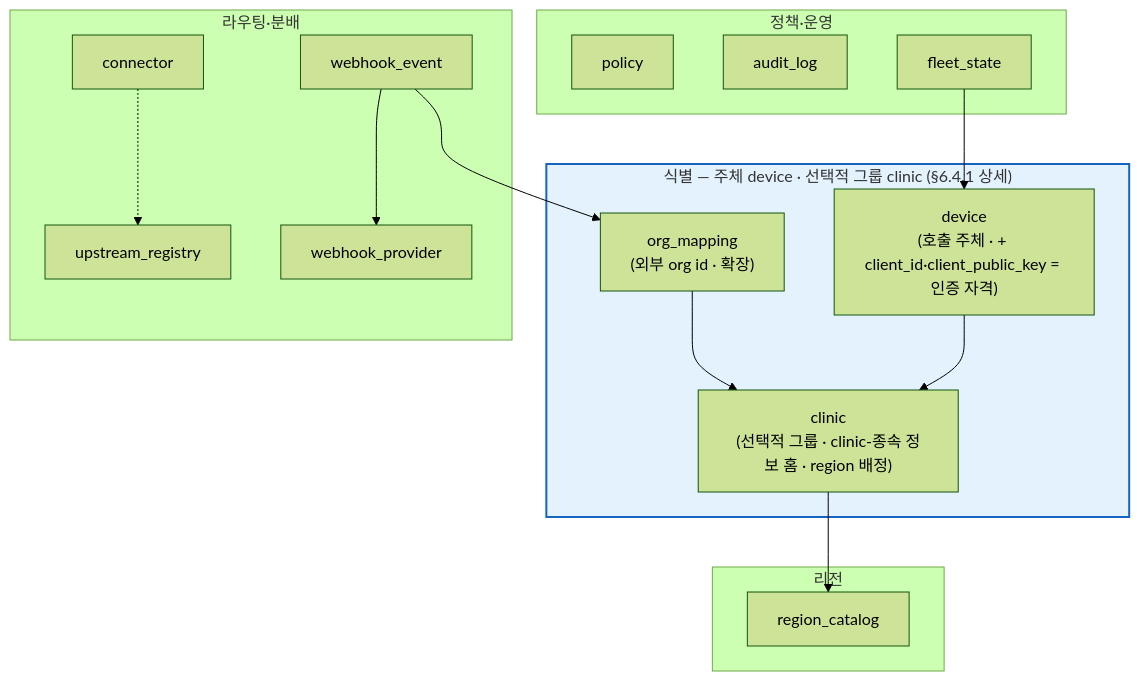
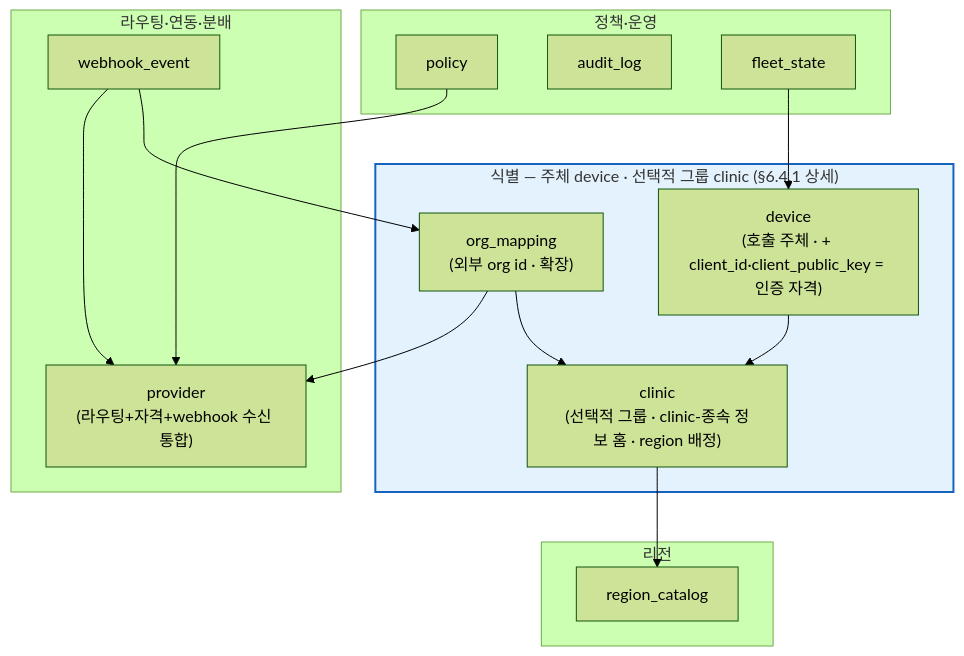
Before and after one commit to gracegyu/scp-architecture: diagram 18 of 18 in docs/VT_API_Gateway/08.VT_API_Gateway/specs/03-srs-gateway/SRS.md, drawn with Mermaid (forest theme). The commit also changed other lines of this file and 7 other files, not shown here.

Commit message:
문서 업데이트: VT API Gateway의 API 명세에서 문서 버전을 v0.6으로 업데이트하고, Connector, UpstreamRegistry, WebhookProvider를 통합하여 Provider 데이터 모델을 개선하였습니다. 이를 통해 연동 대상의 라우팅, 아웃바운드 자격, 인바운드 webhook 수신을 하나의 레코드로 관리할 수 있도록 하여 시스템 아키텍처의 일관성을 강화하고 데이터 흐름의 명확성을 높였습니다. 또한, 관련 SRS 및 OpenAPI 문서에서 변경 사항을 반영하여 관리 API를 보강하였습니다.

````diff
--- a/docs/VT_API_Gateway/08.VT_API_Gateway/specs/03-srs-gateway/SRS.md
+++ b/docs/VT_API_Gateway/08.VT_API_Gateway/specs/03-srs-gateway/SRS.md
@@ -1340,31 +1334,30 @@
 ```mermaid
 flowchart TB
     subgraph ID["식별 — 주체 device · 선택적 그룹 clinic (§6.4.1 상세)"]
         DEV["device<br/>(호출 주체 · + client_id·client_public_key = 인증 자격)"]
         CLI["clinic<br/>(선택적 그룹 · clinic-종속 정보 홈 · region 배정)"]
         ORG["org_mapping<br/>(외부 org id · 확장)"]
     end
     subgraph RGN["리전"]
         RC[region_catalog]
     end
-    subgraph DISP["라우팅·분배"]
-        UPS[upstream_registry]
-        WP[webhook_provider]
+    subgraph DISP["라우팅·연동·분배"]
+        PROV["provider<br/>(라우팅+자격+webhook 수신 통합)"]
         WE[webhook_event]
-        CONN[connector]
     end
     subgraph OPS["정책·운영"]
         POL[policy]
         AUD[audit_log]
         FLEET[fleet_state]
     end
 
     DEV --> CLI
     ORG --> CLI
+    ORG --> PROV
     CLI --> RC
     WE --> ORG
-    WE --> WP
+    WE --> PROV
     FLEET --> DEV
-    CONN -.-> UPS
+    POL --> PROV
     style ID fill:#e3f2fd,stroke:#1565c0,stroke-width:2px
 ```
````
